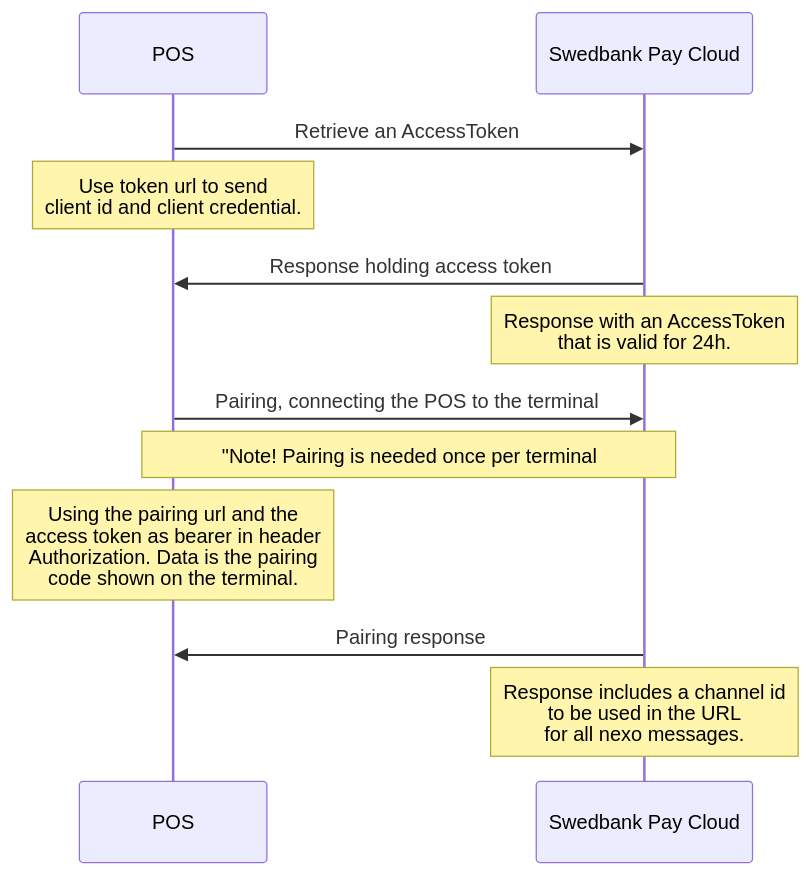
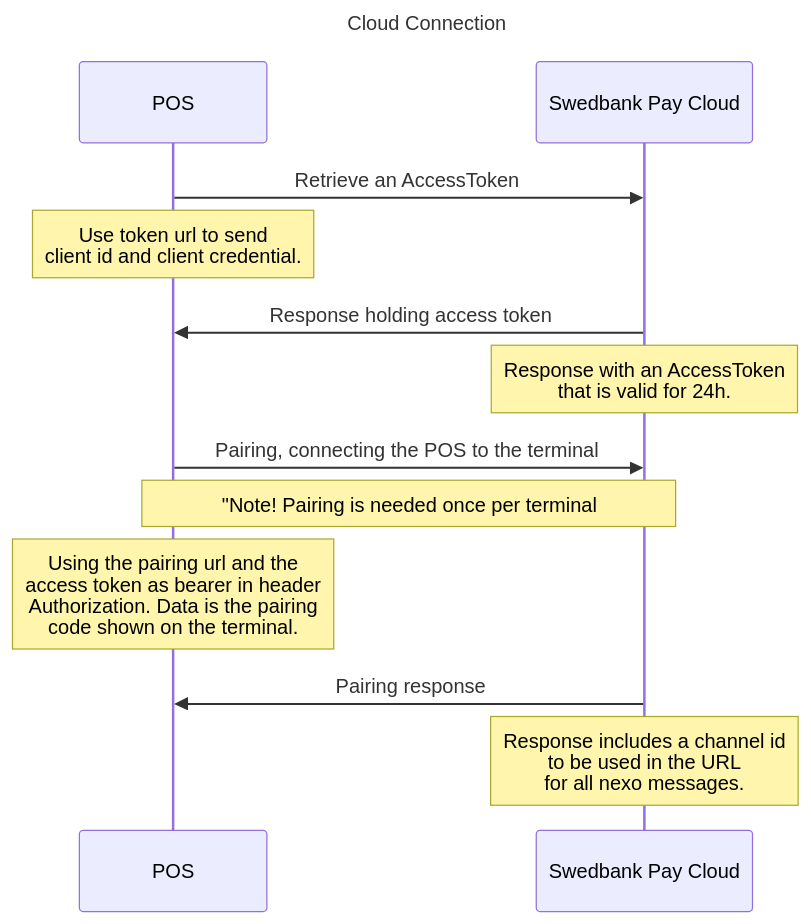
One commit to SwedbankPay/developer.swedbankpay.com changed the diagram in pax-terminal/cloud/index.md. Above: the diagram before and after it, drawn with Mermaid. The commit also changed 66 other files, not shown here.

Commit message:
Added titles in sequence diagrams

````diff
--- a/pax-terminal/cloud/index.md
+++ b/pax-terminal/cloud/index.md
@@ -14,14 +14,15 @@
 ```mermaid
 sequenceDiagram
+title: Cloud Connection
 participant POS
 participant Cloud as Swedbank Pay Cloud
     POS->>Cloud: Retrieve an AccessToken
     Note over POS: Use token url to send <br/>client id and client credential.
     Cloud->>POS: Response holding access token
     Note over Cloud: Response with an AccessToken<br/>that is valid for 24h.
     POS->>Cloud: Pairing, connecting the POS to the terminal
     Note over Cloud,POS: "Note! Pairing is needed once per terminal
     Note over POS: Using the pairing url and the<br/>access token as bearer in header<br/>Authorization. Data is the pairing<br/>code shown on the terminal.
     Cloud->>POS: Pairing response
     Note over Cloud: Response includes a channel id <br/>to be used in the URL<br/>for all nexo messages.
 ```
````
